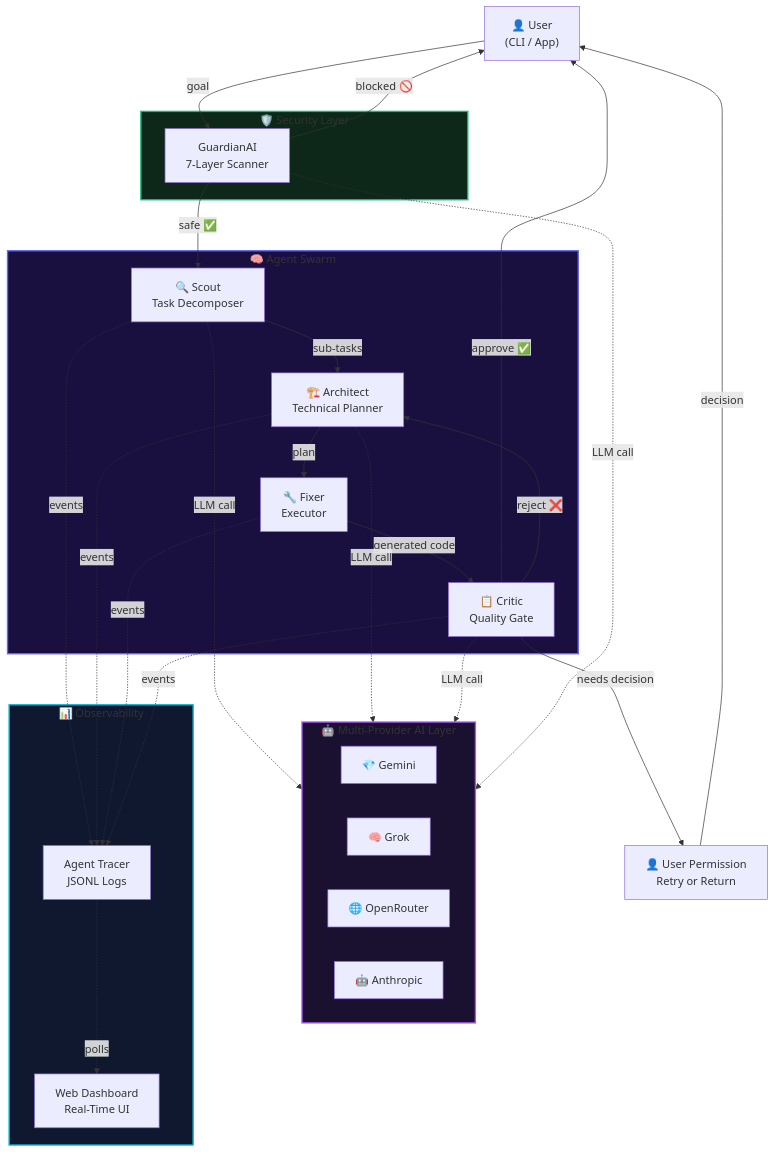
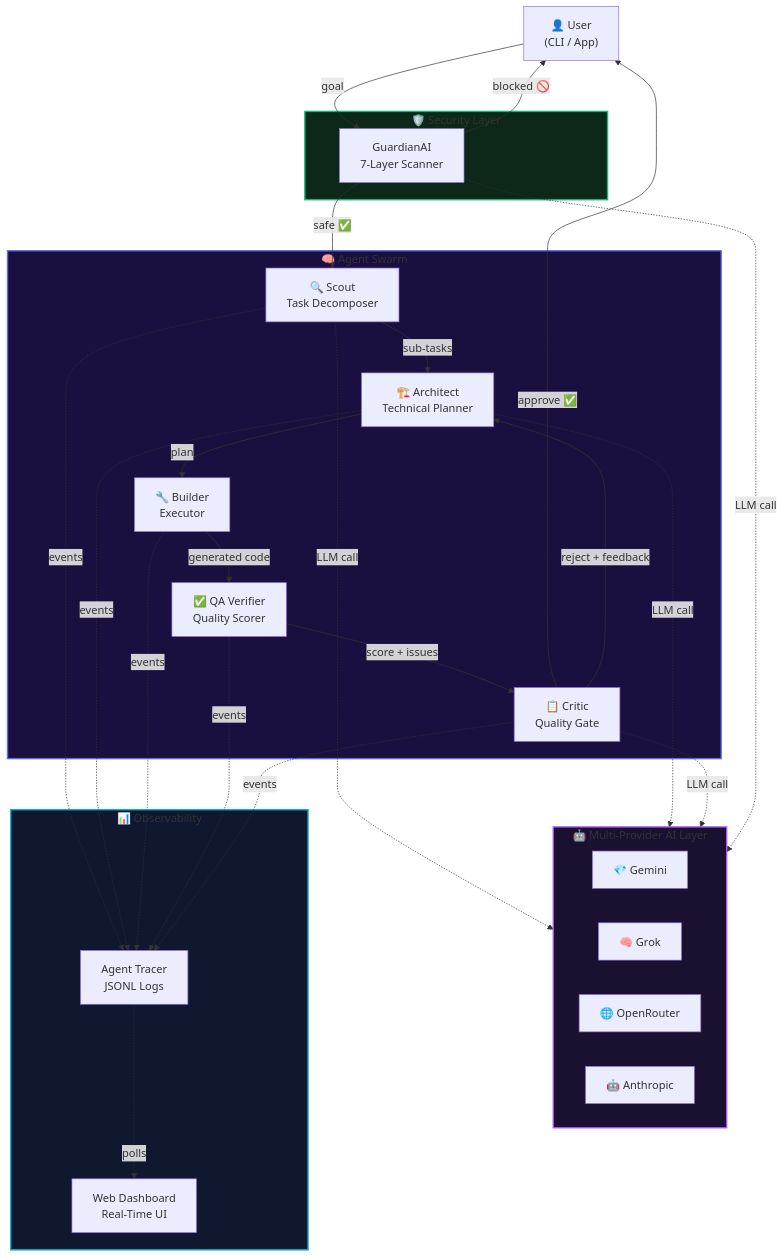
One commit to namanhere23/DevMatrix changed the first of 4 diagrams in README.md. Above: the diagram before and after it, drawn with Mermaid. The commit also changed other lines of this file and 5 other files, not shown here.

````diff
--- a/README.md
+++ b/README.md
@@ -53,56 +54,55 @@
 ```mermaid
 graph TB
     User["👤 User<br/>(CLI / App)"]
 
     subgraph ProviderLayer["🤖 Multi-Provider AI Layer"]
         Gemini["💎 Gemini"]
         Grok["🧠 Grok"]
         OpenRouter["🌐 OpenRouter"]
         Anthropic["🤖 Anthropic"]
     end
 
     subgraph SecurityLayer["🛡️ Security Layer"]
         Guardian["GuardianAI<br/>7-Layer Scanner"]
     end
 
     subgraph AgentSwarm["🧠 Agent Swarm"]
         Scout["🔍 Scout<br/>Task Decomposer"]
         Architect["🏗️ Architect<br/>Technical Planner"]
-        Fixer["🔧 Fixer<br/>Executor"]
+        Builder["🔧 Builder<br/>Executor"]
+        QAVerifier["✅ QA Verifier<br/>Quality Scorer"]
         Critic["📋 Critic<br/>Quality Gate"]
     end
 
     subgraph Observability["📊 Observability"]
         Tracer["Agent Tracer<br/>JSONL Logs"]
         Dashboard["Web Dashboard<br/>Real-Time UI"]
     end
 
-    Permission["👤 User Permission<br/>Retry or Return"]
-
     User -->|"goal"| Guardian
     Guardian -->|"safe ✅"| Scout
     Guardian -->|"blocked 🚫"| User
     Scout -->|"sub-tasks"| Architect
-    Architect -->|"plan"| Fixer
-    Fixer -->|"generated code"| Critic
+    Architect -->|"plan"| Builder
+    Builder -->|"generated code"| QAVerifier
+    QAVerifier -->|"score + issues"| Critic
     Critic -->|"approve ✅"| User
-    Critic -->|"reject ❌"| Architect
-    Critic -->|"needs decision"| Permission
-    Permission -->|"decision"| User
+    Critic -->|"reject + feedback"| Architect
 
     Scout -.->|"LLM call"| ProviderLayer
     Architect -.->|"LLM call"| ProviderLayer
     Critic -.->|"LLM call"| ProviderLayer
     Guardian -.->|"LLM call"| ProviderLayer
 
     Scout -.->|"events"| Tracer
     Architect -.->|"events"| Tracer
-    Fixer -.->|"events"| Tracer
+    Builder -.->|"events"| Tracer
+    QAVerifier -.->|"events"| Tracer
     Critic -.->|"events"| Tracer
     Tracer -.->|"polls"| Dashboard
 
     style ProviderLayer fill:#1a1030,stroke:#a855f7,stroke-width:2px
     style SecurityLayer fill:#0d2818,stroke:#10b981,stroke-width:2px
     style AgentSwarm fill:#1a1040,stroke:#6366f1,stroke-width:2px
     style Observability fill:#101830,stroke:#06b6d4,stroke-width:2px
 ```
````
